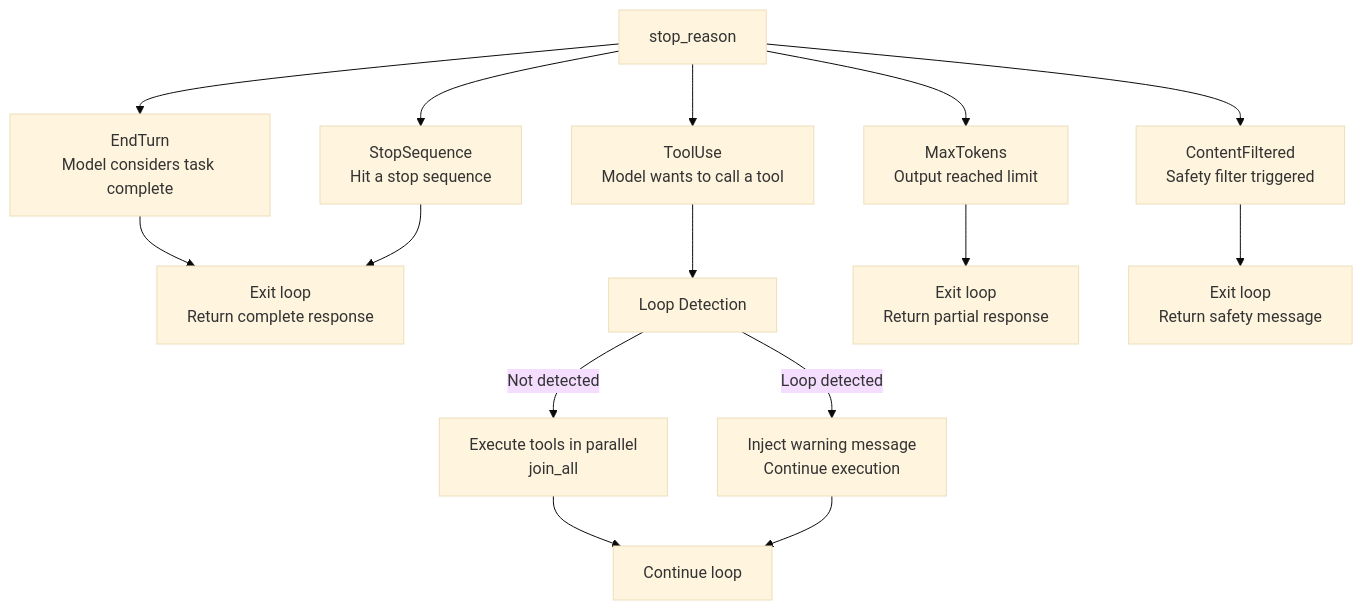
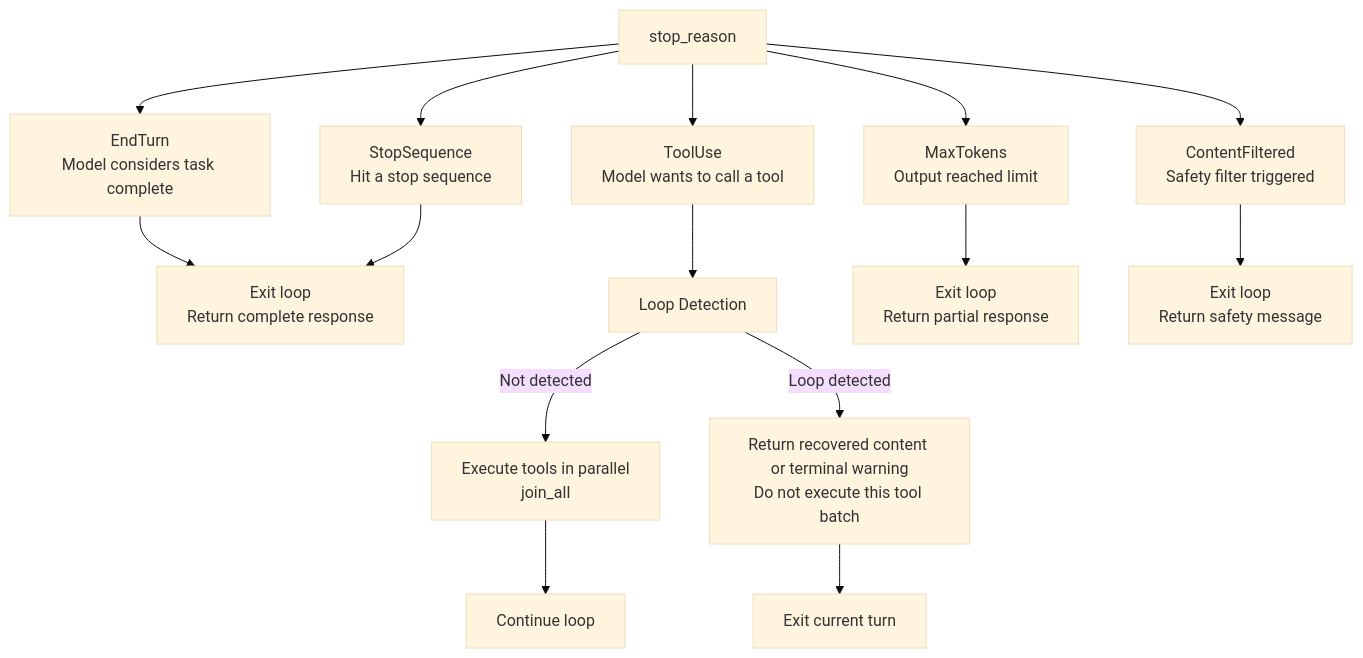
One commit to ZhangHanDong/octos-book changed the second of 3 diagrams in book-en/src/part2/ch05.md. Above: the diagram before and after it, drawn with Mermaid (base theme). The commit also changed other lines of this file and 3 other files, not shown here.

````diff
--- a/book-en/src/part2/ch05.md
+++ b/book-en/src/part2/ch05.md
@@ -238,18 +256,18 @@
 ```mermaid
 flowchart TD
     SR["stop_reason"] --> ET["EndTurn<br/>Model considers task complete"]
     SR --> TU["ToolUse<br/>Model wants to call a tool"]
     SR --> MT["MaxTokens<br/>Output reached limit"]
     SR --> SS["StopSequence<br/>Hit a stop sequence"]
     SR --> CF["ContentFiltered<br/>Safety filter triggered"]
 
     ET --> Return1["Exit loop<br/>Return complete response"]
     SS --> Return1
     TU --> LD["Loop Detection"]
     LD -->|"Not detected"| ToolExec["Execute tools in parallel<br/>join_all"]
-    LD -->|"Loop detected"| Warn["Inject warning message<br/>Continue execution"]
+    LD -->|"Loop detected"| Warn["Return recovered content or terminal warning<br/>Do not execute this tool batch"]
     ToolExec --> Continue["Continue loop"]
-    Warn --> Continue
+    Warn --> ReturnLoop["Exit current turn"]
     MT --> Return2["Exit loop<br/>Return partial response"]
     CF --> Return3["Exit loop<br/>Return safety message"]
 ```
````
